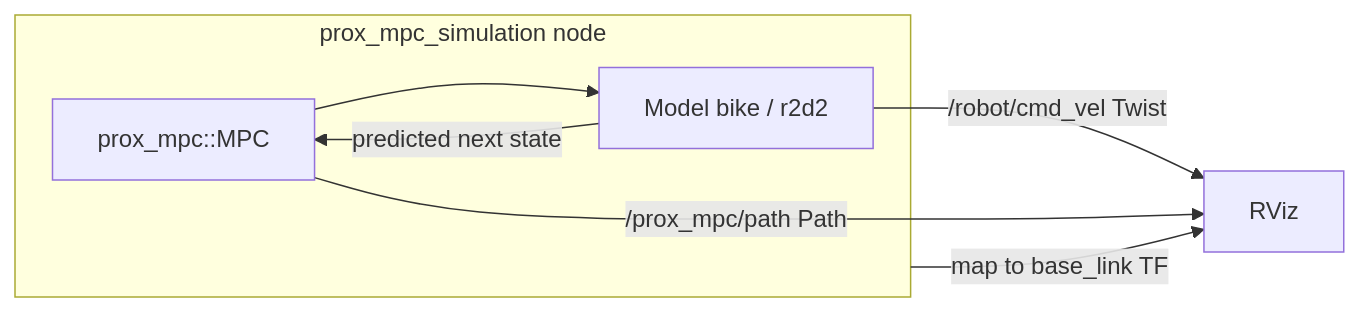
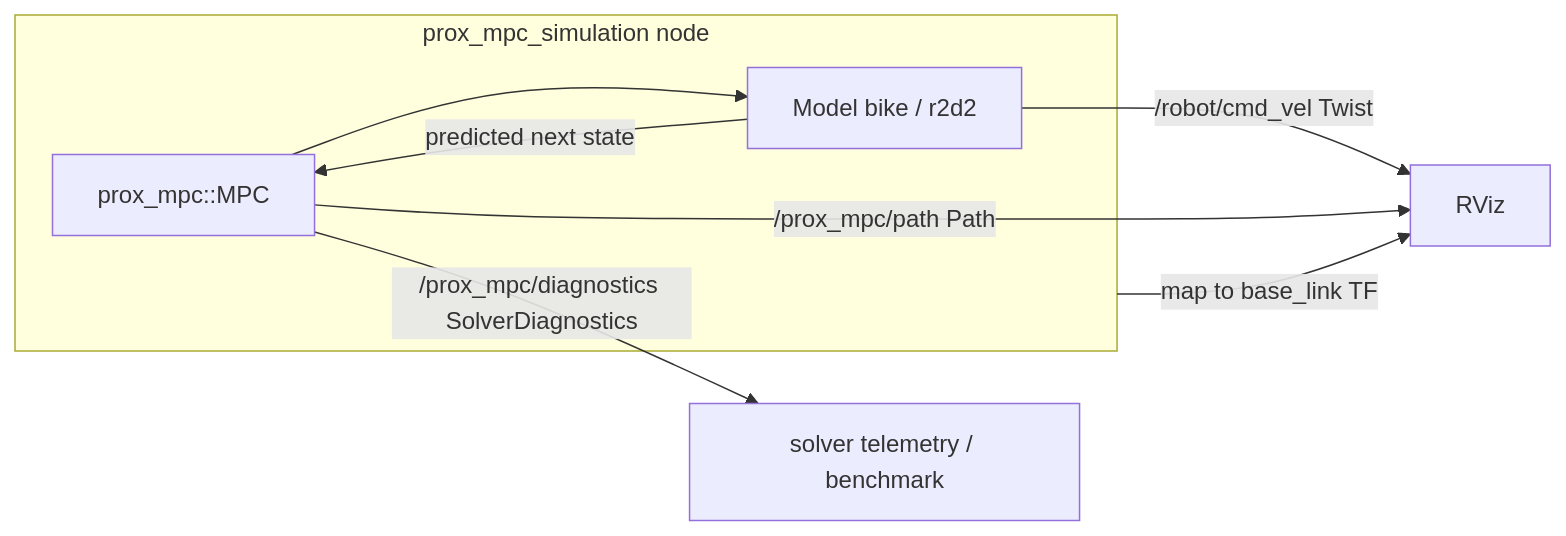
Before and after one commit to simone-contorno/prox_mpc: the second of 4 diagrams in docs/architecture.md, drawn with Mermaid. The commit also changed 2 other files, not shown here.

Commit message:
docs: add prox_mpc_benchmark to the root inventory, fix the standalone build, and complete the architecture overview

````diff
--- a/docs/architecture.md
+++ b/docs/architecture.md
@@ -69,12 +69,13 @@
 ```mermaid
 flowchart LR
   subgraph sim[prox_mpc_simulation node]
     mpc[prox_mpc::MPC]
     model[Model bike / r2d2]
     mpc --> model
   end
   model -- /robot/cmd_vel Twist --> rviz[RViz]
   mpc -- /prox_mpc/path Path --> rviz
+  mpc -- /prox_mpc/diagnostics SolverDiagnostics --> tele[solver telemetry / benchmark]
   sim -- map to base_link TF --> rviz
   model -- predicted next state --> mpc
 ```
````
